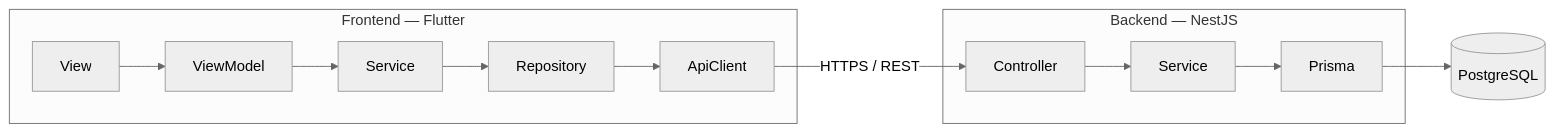
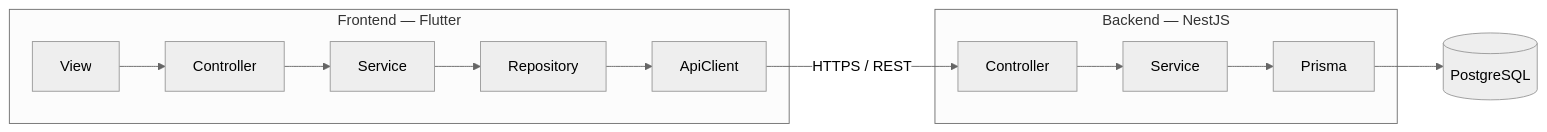
One commit to DanielSameque/Otzar changed the first of 3 diagrams in frontend/docs/07-arquitetura.md. Above: the diagram before and after it, drawn with Mermaid (neutral theme). The commit also changed other lines of this file and 85 other files, not shown here.

````diff
--- a/frontend/docs/07-arquitetura.md
+++ b/frontend/docs/07-arquitetura.md
@@ -7,17 +13,17 @@
 ```mermaid
 flowchart LR
     subgraph Frontend["Frontend — Flutter"]
-        V["View"] --> VM["ViewModel"]
-        VM --> S["Service"]
+        V["View"] --> C["Controller"]
+        C --> S["Service"]
         S --> R["Repository"]
         R --> AC["ApiClient"]
     end
 
     subgraph Backend["Backend — NestJS"]
         CT["Controller"] --> BS["Service"]
         BS --> PR["Prisma"]
     end
 
     AC -->|"HTTPS / REST"| CT
     PR --> DB[("PostgreSQL")]
 ```
````
